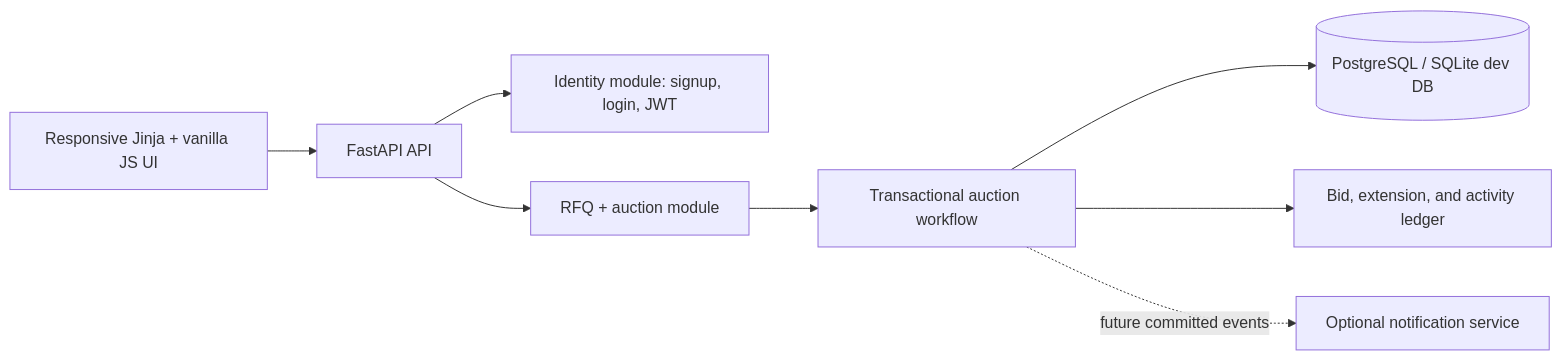
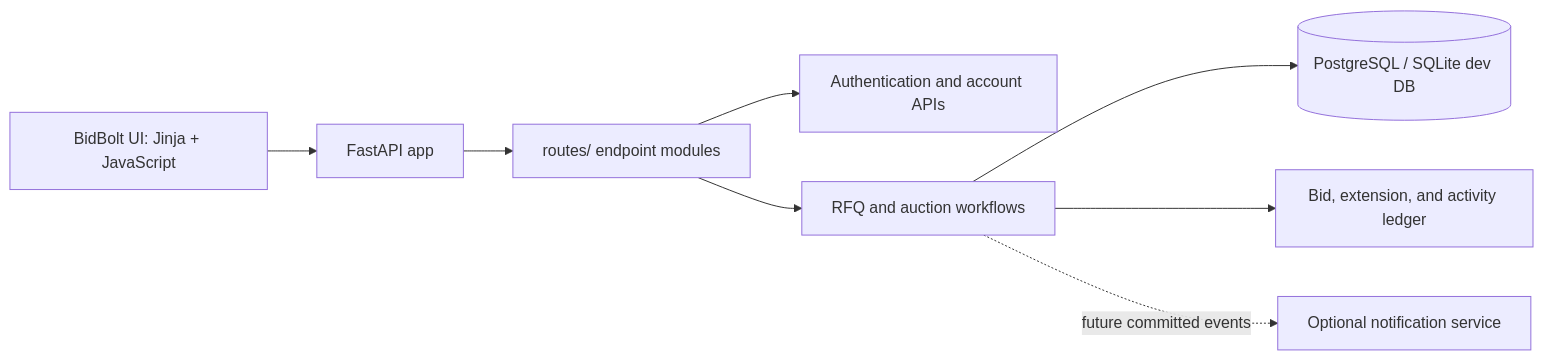
Before and after one commit to uday-sh/GO_COMET_RFQ: the diagram in README.md, drawn with Mermaid. The commit also changed other lines of this file and 44 other files, not shown here.

````diff
--- a/README.md
+++ b/README.md
@@ -9,10 +9,10 @@
 ```mermaid
 flowchart LR
-  Browser[Responsive Jinja + vanilla JS UI] --> API[FastAPI API]
-  API --> Identity[Identity module: signup, login, JWT]
-  API --> Auction[RFQ + auction module]
-  Auction --> Workflow[Transactional auction workflow]
-  Workflow --> DB[(PostgreSQL / SQLite dev DB)]
-  Workflow --> Audit[Bid, extension, and activity ledger]
-  Workflow -. future committed events .-> Notify[Optional notification service]
+  Browser[BidBolt UI: Jinja + JavaScript] --> API[FastAPI app]
+  API --> Routes[routes/ endpoint modules]
+  Routes --> Identity[Authentication and account APIs]
+  Routes --> Auctions[RFQ and auction workflows]
+  Auctions --> DB[(PostgreSQL / SQLite dev DB)]
+  Auctions --> Audit[Bid, extension, and activity ledger]
+  Auctions -. future committed events .-> Notify[Optional notification service]
 ```
````
